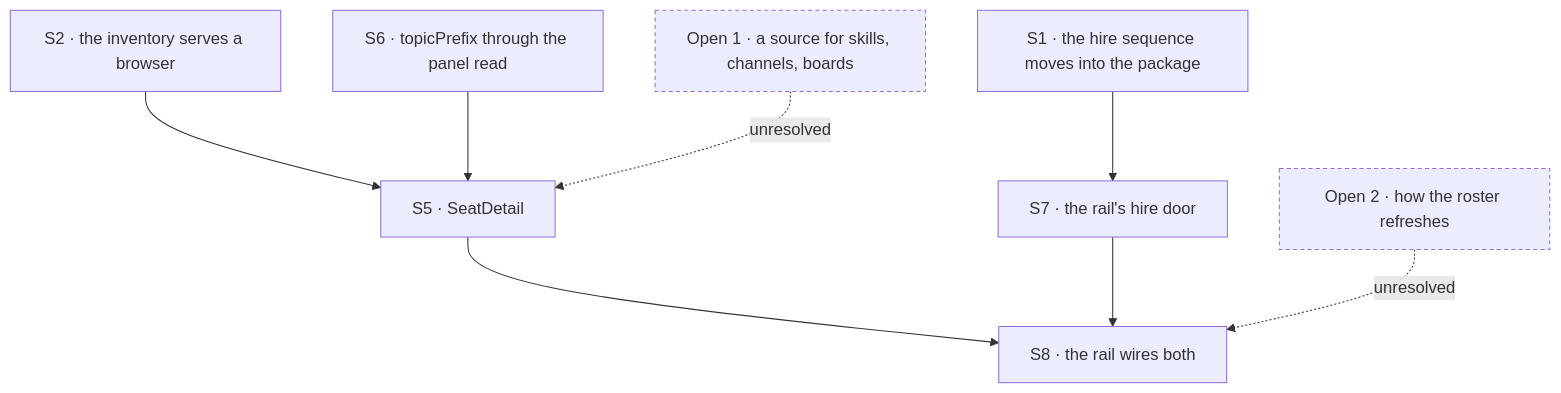
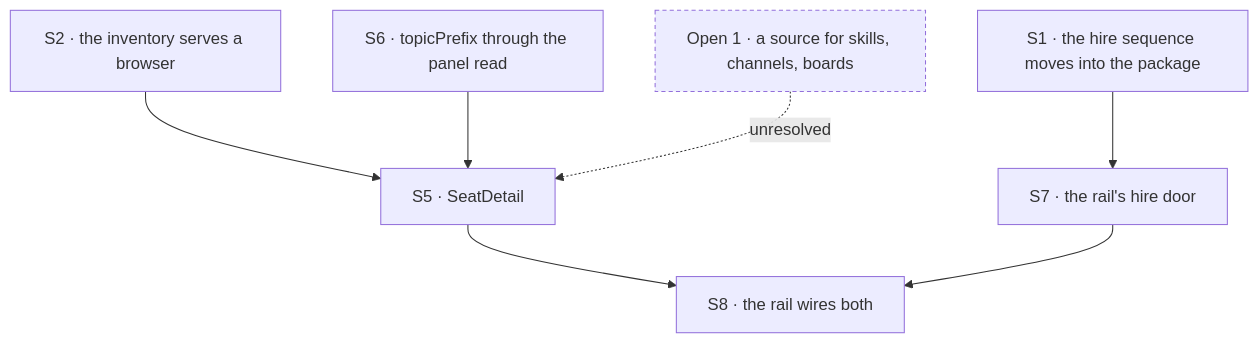
One commit to fixpoint-labs/flow-state-dev changed the diagram in specs/issues/FIX-1500/PLAN.md. Above: the diagram before and after it, drawn with Mermaid. The commit also changed other lines of this file and 5 other files, not shown here.

````diff
--- a/specs/issues/FIX-1500/PLAN.md
+++ b/specs/issues/FIX-1500/PLAN.md
@@ -39,12 +39,11 @@
 ```mermaid
 flowchart TD
   S1["S1 · the hire sequence moves into the package"] --> S7["S7 · the rail's hire door"]
   S2["S2 · the inventory serves a browser"] --> S5["S5 · SeatDetail"]
   S6["S6 · topicPrefix through the panel read"] --> S5
   S5 --> S8["S8 · the rail wires both"]
   S7 --> S8
   O1["Open 1 · a source for skills, channels, boards"] -.->|"unresolved"| S5
-  O2["Open 2 · how the roster refreshes"] -.->|"unresolved"| S8
   classDef proposed stroke-dasharray:4 3
-  class O1,O2 proposed
+  class O1 proposed
 ```
````
